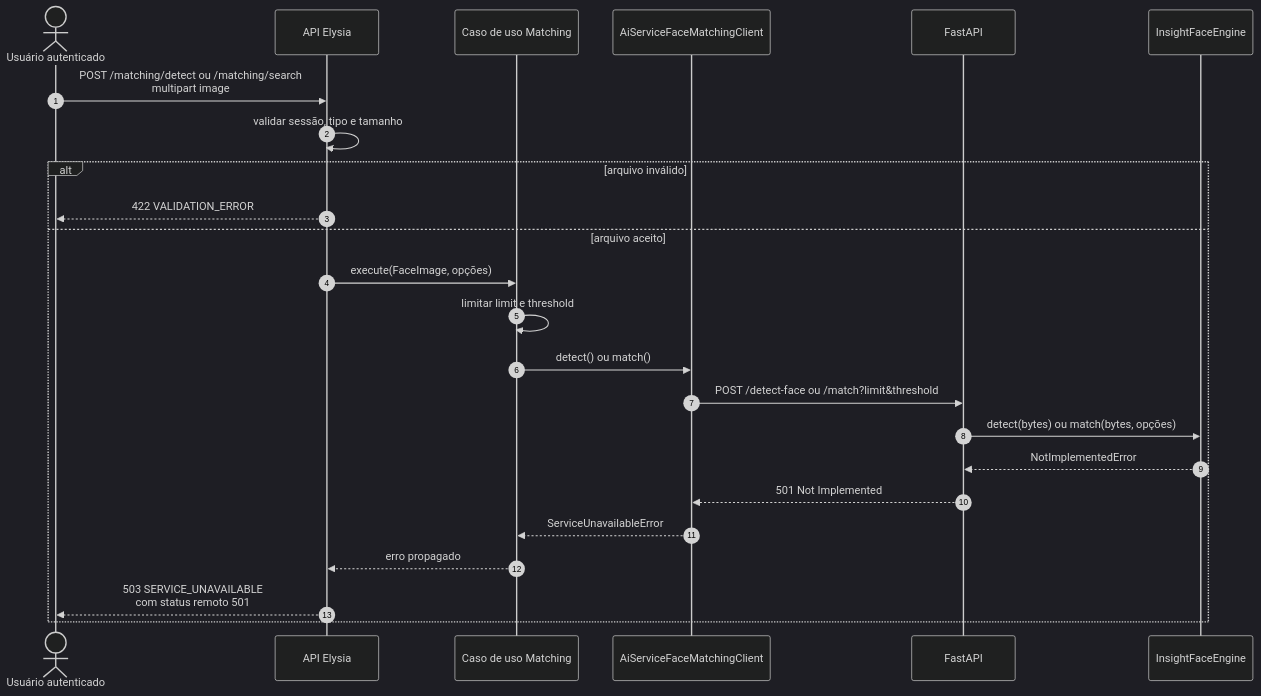
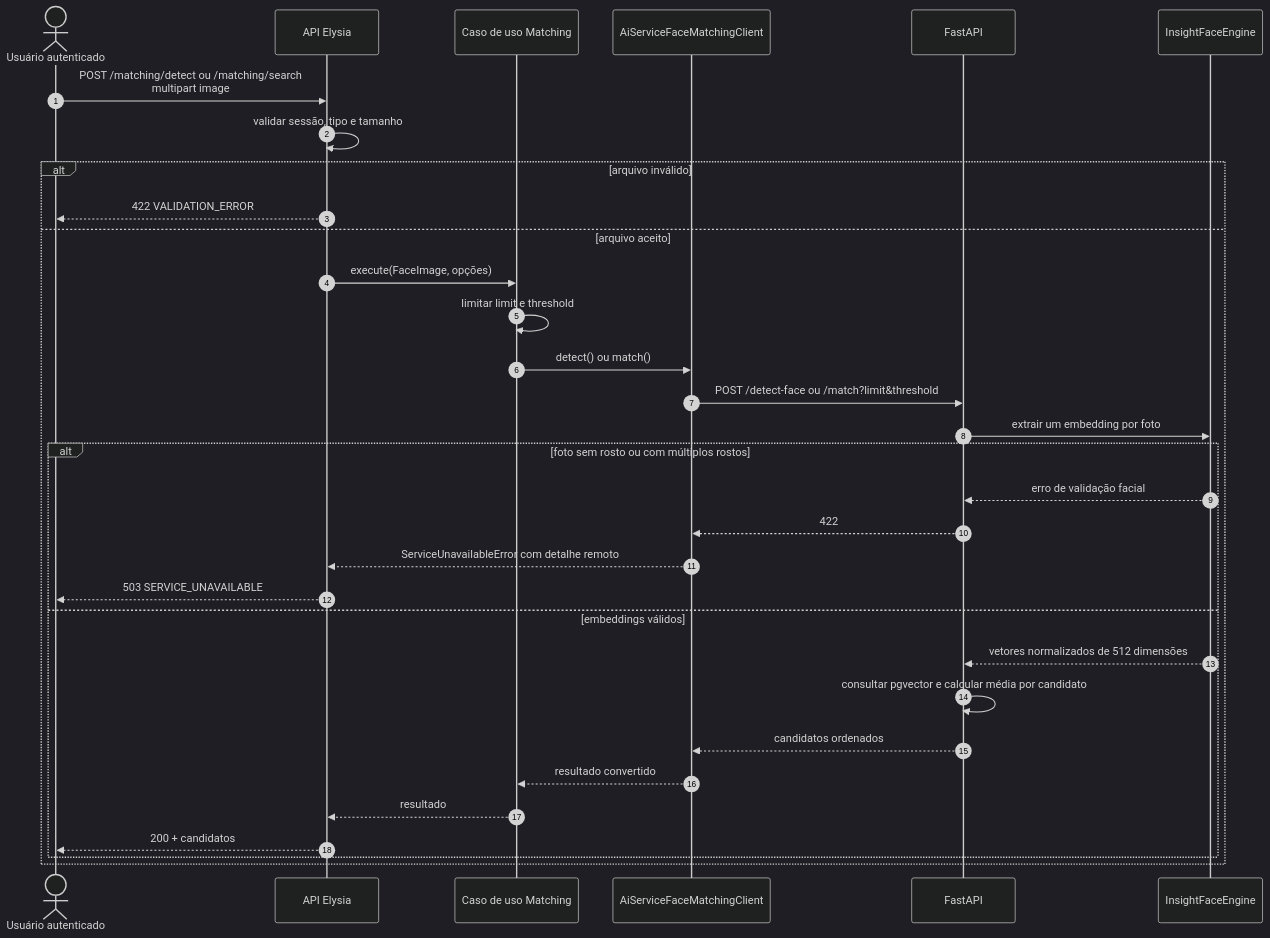
The fourth of 7 diagrams in docs/diagramas_de_sequencia.md (jose-bernardo-neto/luzinga-backend), drawn with Mermaid (dark theme) before and after one commit. The commit also changed other lines of this file and 44 other files, not shown here.

````diff
--- a/docs/diagramas_de_sequencia.md
+++ b/docs/diagramas_de_sequencia.md
@@ -106,27 +106,35 @@
 ```mermaid
 sequenceDiagram
     autonumber
     actor Usuario as Usuário autenticado
     participant API as API Elysia
     participant UC as Caso de uso Matching
     participant Client as AiServiceFaceMatchingClient
     participant AI as FastAPI
     participant Engine as InsightFaceEngine
 
     Usuario->>API: POST /matching/detect ou /matching/search<br/>multipart image
     API->>API: validar sessão, tipo e tamanho
     alt arquivo inválido
         API-->>Usuario: 422 VALIDATION_ERROR
     else arquivo aceito
         API->>UC: execute(FaceImage, opções)
         UC->>UC: limitar limit e threshold
         UC->>Client: detect() ou match()
         Client->>AI: POST /detect-face ou /match?limit&threshold
-        AI->>Engine: detect(bytes) ou match(bytes, opções)
-        Engine-->>AI: NotImplementedError
-        AI-->>Client: 501 Not Implemented
-        Client-->>UC: ServiceUnavailableError
-        UC-->>API: erro propagado
-        API-->>Usuario: 503 SERVICE_UNAVAILABLE<br/>com status remoto 501
+        AI->>Engine: extrair um embedding por foto
+        alt foto sem rosto ou com múltiplos rostos
+            Engine-->>AI: erro de validação facial
+            AI-->>Client: 422
+            Client-->>API: ServiceUnavailableError com detalhe remoto
+            API-->>Usuario: 503 SERVICE_UNAVAILABLE
+        else embeddings válidos
+            Engine-->>AI: vetores normalizados de 512 dimensões
+            AI->>AI: consultar pgvector e calcular média por candidato
+            AI-->>Client: candidatos ordenados
+            Client-->>UC: resultado convertido
+            UC-->>API: resultado
+            API-->>Usuario: 200 + candidatos
+        end
     end
 ```
````
